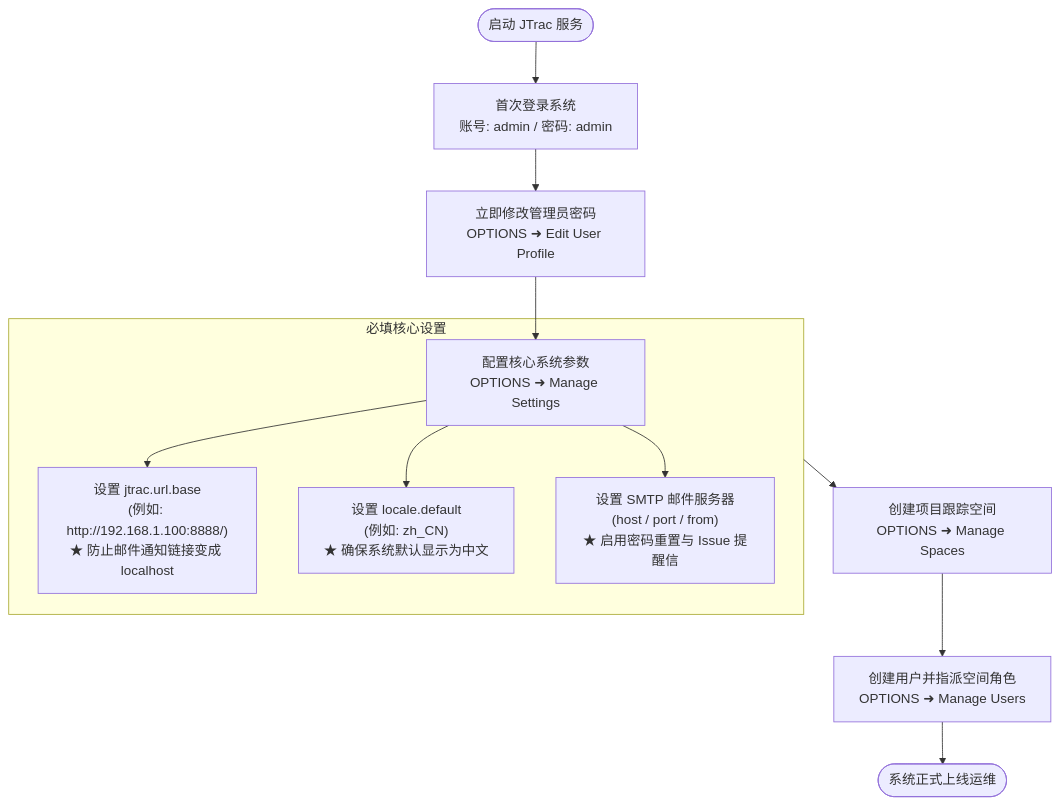
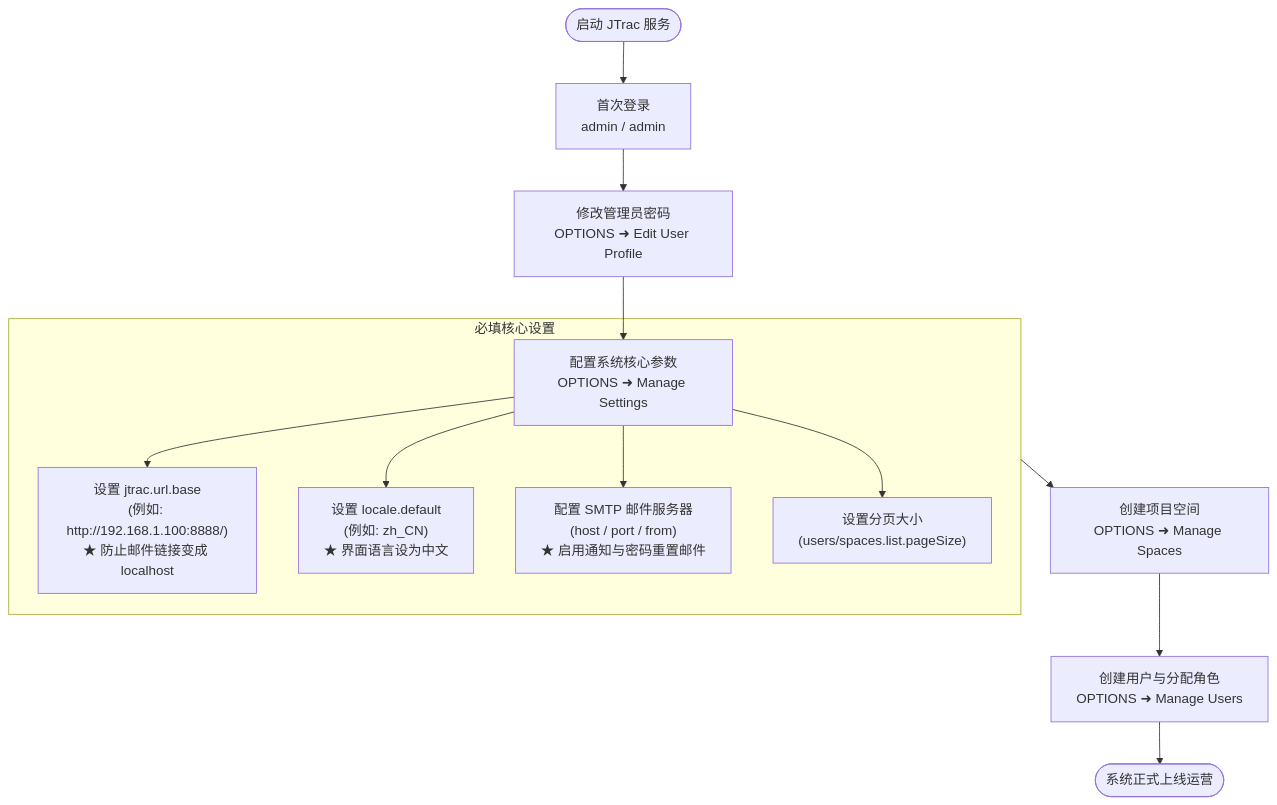
The diagram in docs/admin/ADMIN_GUIDE_zh-CN.md (WilliamFromTW/jtrac), drawn with Mermaid before and after one commit. The commit also changed other lines of this file and 57 other files, not shown here.

````diff
--- a/docs/admin/ADMIN_GUIDE_zh-CN.md
+++ b/docs/admin/ADMIN_GUIDE_zh-CN.md
@@ -83,16 +63,17 @@
 ```mermaid
 flowchart TD
-    Start([启动 JTrac 服务]) --> Login[首次登录系统<br/>账号: admin / 密码: admin]
-    Login --> ChangePwd[立即修改管理员密码<br/>OPTIONS ➜ Edit User Profile]
-    ChangePwd --> ConfigSettings[配置核心系统参数<br/>OPTIONS ➜ Manage Settings]
+    Start([启动 JTrac 服务]) --> Login[首次登录<br/>admin / admin]
+    Login --> ChangePwd[修改管理员密码<br/>OPTIONS ➜ Edit User Profile]
+    ChangePwd --> ConfigSettings[配置系统核心参数<br/>OPTIONS ➜ Manage Settings]
     
     subgraph CriticalSettings [必填核心设置]
-        ConfigSettings --> SetUrlBase["设置 jtrac.url.base<br/>(例如: http://192.168.1.100:8888/)<br/>★ 防止邮件通知链接变成 localhost"]
-        ConfigSettings --> SetLocale["设置 locale.default<br/>(例如: zh_CN)<br/>★ 确保系统默认显示为中文"]
-        ConfigSettings --> SetSMTP["设置 SMTP 邮件服务器<br/>(host / port / from)<br/>★ 启用密码重置与 Issue 提醒信"]
+        ConfigSettings --> SetUrlBase["设置 jtrac.url.base<br/>(例如: http://192.168.1.100:8888/)<br/>★ 防止邮件链接变成 localhost"]
+        ConfigSettings --> SetLocale["设置 locale.default<br/>(例如: zh_CN)<br/>★ 界面语言设为中文"]
+        ConfigSettings --> SetSMTP["配置 SMTP 邮件服务器<br/>(host / port / from)<br/>★ 启用通知与密码重置邮件"]
+        ConfigSettings --> SetPaging["设置分页大小<br/>(users/spaces.list.pageSize)"]
     end
     
-    CriticalSettings --> CreateSpaces[创建项目跟踪空间<br/>OPTIONS ➜ Manage Spaces]
-    CreateSpaces --> CreateUsers[创建用户并指派空间角色<br/>OPTIONS ➜ Manage Users]
-    CreateUsers --> Finish([系统正式上线运维])
+    CriticalSettings --> CreateSpaces[创建项目空间<br/>OPTIONS ➜ Manage Spaces]
+    CreateSpaces --> CreateUsers[创建用户与分配角色<br/>OPTIONS ➜ Manage Users]
+    CreateUsers --> Finish([系统正式上线运营])
 ```
````
